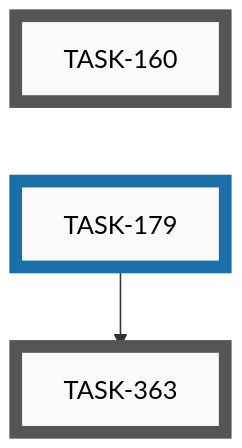
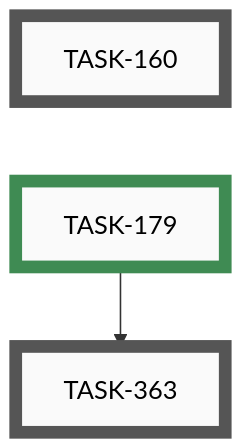
The first of 12 diagrams in docs/developers/tasks/EPICS.md (tgd1975/AwesomeStudioPedal), drawn with Mermaid before and after one commit. The commit also changed other lines of this file and 3 other files, not shown here.

First line of the commit message:
close TASK-179: Add the Android app to the GitHub release pipeline

````diff
--- a/docs/developers/tasks/EPICS.md
+++ b/docs/developers/tasks/EPICS.md
@@ -32,19 +32,19 @@
 ```mermaid
 graph TD
     TASK_160["TASK-160"]:::open
     TASK_363["TASK-363"]:::open
-    TASK_179["TASK-179"]:::active
+    TASK_179["TASK-179"]:::closed
     TASK_179 --> TASK_363
     TASK_160 ~~~ TASK_179
     click TASK_160 "open/task-160-publish-android-play-store.md"
     click TASK_363 "open/task-363-thin-out-release-skill.md"
-    click TASK_179 "active/task-179-determine-android-app-release.md"
+    click TASK_179 "closed/task-179-determine-android-app-release.md"
     classDef open    fill:#FAFAFA,stroke:#555,stroke-width:8px,color:#000
     classDef active  fill:#FAFAFA,stroke:#1A6FA8,stroke-width:8px,color:#000
     classDef closed  fill:#FAFAFA,stroke:#3F8B53,stroke-width:8px,color:#000
     classDef paused  fill:#FAFAFA,stroke:#B07810,stroke-width:8px,color:#000
     classDef openExt    fill:#000,stroke:#888,stroke-width:8px,color:#FFF
     classDef activeExt  fill:#000,stroke:#3FA9F5,stroke-width:8px,color:#FFF
     classDef closedExt  fill:#000,stroke:#7CC68A,stroke-width:8px,color:#FFF
     classDef pausedExt  fill:#000,stroke:#F0B030,stroke-width:8px,color:#FFF
 ```
````
